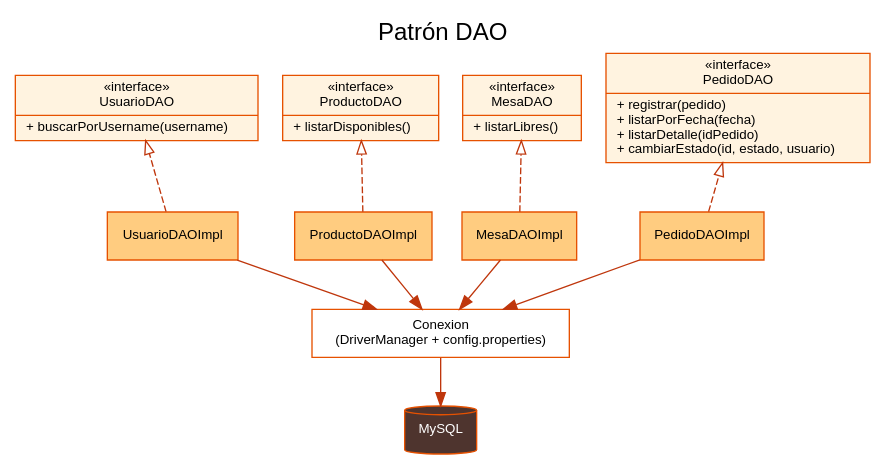
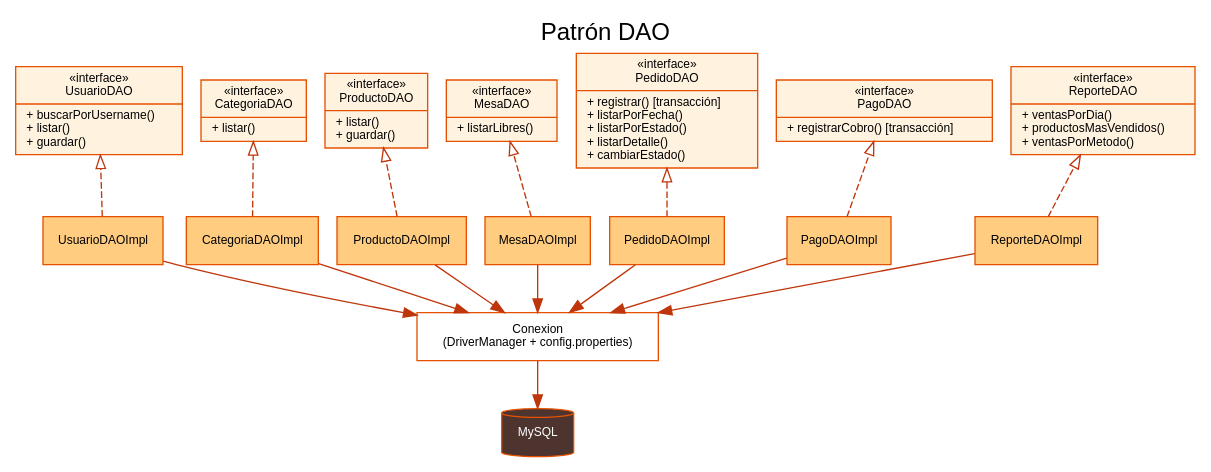
The diagram in docs/diagramas/dao.dot (tonylee-ops/don-caffeto-apf3), drawn with Graphviz before and after one commit. The commit also changed 102 other files, not shown here.

First line of the commit message:
Documentación: guía de Workbench y NetBeans, diagramas, Javadoc y capturas

```diff
--- a/docs/diagramas/dao.dot
+++ b/docs/diagramas/dao.dot
@@ -1,16 +1,20 @@
 digraph DAO {
-  rankdir=BT; fontname="Helvetica"; label="Patrón DAO"; labelloc=t; fontsize=18;
-  node [shape=record, style=filled, fillcolor="#FFF3E0", color="#E65100", fontname="Helvetica", fontsize=10];
+  rankdir=BT; fontname="Helvetica"; label="Patrón DAO"; labelloc=t; fontsize=18; nodesep=0.2;
+  node [shape=record, style=filled, fillcolor="#FFF3E0", color="#E65100", fontname="Helvetica", fontsize=9];
   edge [color="#BF360C", arrowhead=onormal, style=dashed];
-  U [label="{«interface»\nUsuarioDAO|+ buscarPorUsername(username)\l}"];
-  P [label="{«interface»\nProductoDAO|+ listarDisponibles()\l}"];
+  U [label="{«interface»\nUsuarioDAO|+ buscarPorUsername()\l+ listar()\l+ guardar()\l}"];
+  C [label="{«interface»\nCategoriaDAO|+ listar()\l}"];
+  P [label="{«interface»\nProductoDAO|+ listar()\l+ guardar()\l}"];
   M [label="{«interface»\nMesaDAO|+ listarLibres()\l}"];
-  D [label="{«interface»\nPedidoDAO|+ registrar(pedido)\l+ listarPorFecha(fecha)\l+ listarDetalle(idPedido)\l+ cambiarEstado(id, estado, usuario)\l}"];
-  UI [label="UsuarioDAOImpl", fillcolor="#FFCC80"]; PI [label="ProductoDAOImpl", fillcolor="#FFCC80"];
-  MI [label="MesaDAOImpl", fillcolor="#FFCC80"]; DI [label="PedidoDAOImpl", fillcolor="#FFCC80"];
-  UI -> U; PI -> P; MI -> M; DI -> D;
-  C [label="Conexion\n(DriverManager + config.properties)", fillcolor="#FFFFFF"];
-  BD [shape=cylinder, style=filled, fillcolor="#4E342E", fontcolor=white, label="MySQL"];
+  D [label="{«interface»\nPedidoDAO|+ registrar()  [transacción]\l+ listarPorFecha()\l+ listarPorEstado()\l+ listarDetalle()\l+ cambiarEstado()\l}"];
+  G [label="{«interface»\nPagoDAO|+ registrarCobro()  [transacción]\l}"];
+  R [label="{«interface»\nReporteDAO|+ ventasPorDia()\l+ productosMasVendidos()\l+ ventasPorMetodo()\l}"];
+  node [shape=box, fillcolor="#FFCC80"];
+  UI [label="UsuarioDAOImpl"]; CI [label="CategoriaDAOImpl"]; PI [label="ProductoDAOImpl"]; MI [label="MesaDAOImpl"];
+  DI [label="PedidoDAOImpl"]; GI [label="PagoDAOImpl"]; RI [label="ReporteDAOImpl"];
+  UI -> U; CI -> C; PI -> P; MI -> M; DI -> D; GI -> G; RI -> R;
+  X [label="Conexion\n(DriverManager + config.properties)", fillcolor="#FFFFFF"];
+  BD [shape=cylinder, fillcolor="#4E342E", fontcolor=white, label="MySQL"];
   edge [style=solid, arrowhead=vee, dir=back];
-  C -> UI; C -> PI; C -> MI; C -> DI; BD -> C;
+  X -> UI; X -> CI; X -> PI; X -> MI; X -> DI; X -> GI; X -> RI; BD -> X;
 }
```
